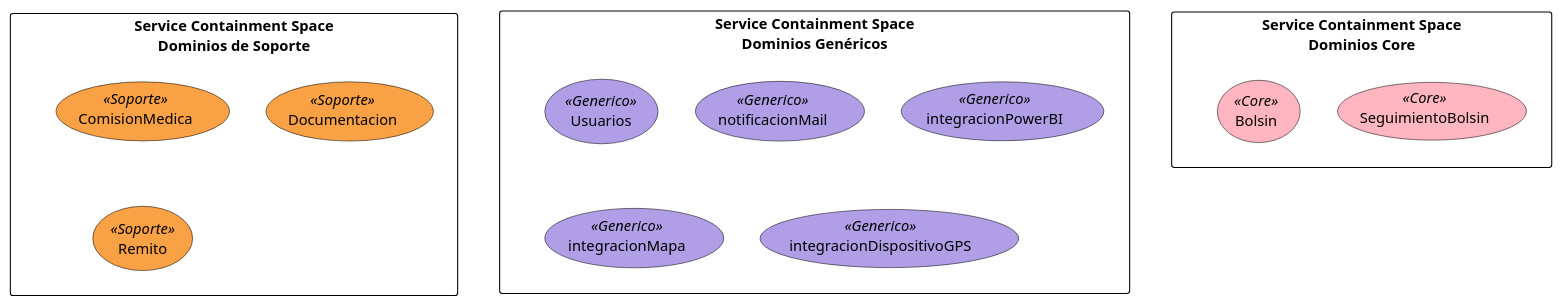
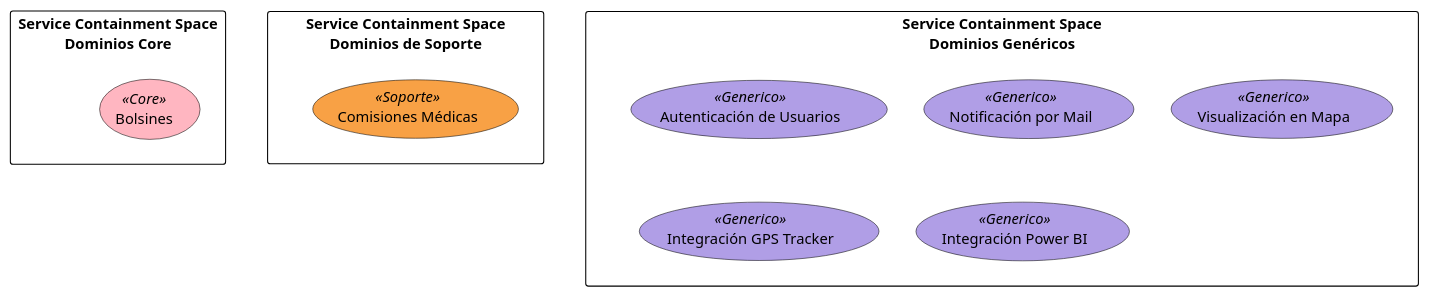
Before and after one commit to FabrizioRava/PPAI-2026-Grupo1: the diagram in vistasArquitectónicas/separacionDominios.plantuml, drawn with PlantUML. The commit also changed 17 other files, not shown here.

```diff
--- a/vistasArquitectónicas/separacionDominios.plantuml
+++ b/vistasArquitectónicas/separacionDominios.plantuml
@@ -1,53 +1,50 @@
 @startuml separacionDominios
 ' Evitar sombras para un aspecto más plano y similar a la imagen
 skinparam shadowing false
 
 ' Configuración de los contenedores
 skinparam rectangle {
     BackgroundColor White
     BorderColor Black
     fontColor Black
 }
 
 ' Configuración de los óvalos (casos de uso) y sus colores por estereotipo
 skinparam usecase {
     BackgroundColor<<Soporte>> #F8A145
     BackgroundColor<<Generico>> #B09EE6
     BackgroundColor<<Core>> #FFB6C1
     BorderColor Black
     FontColor Black
 }
 
 ' ==========================================
+' Service Containment Space: Dominios Core
+' ==========================================
+rectangle "Service Containment Space\nDominios Core" as ContenedorCore {
+    usecase "Bolsines" as bolsin <<Core>>
+}
+
+' ==========================================
 ' Service Containment Space: Dominios de Soporte
 ' ==========================================
 rectangle "Service Containment Space\nDominios de Soporte" as ContenedorSoporte {
-    usecase "ComisionMedica" as comision <<Soporte>>
-    usecase "Documentacion" as documentacion <<Soporte>>
-    usecase "Remito" as remito <<Soporte>>
+    usecase "Comisiones Médicas" as comision <<Soporte>>
 }
 
 ' ==========================================
 ' Service Containment Space: Dominios Genéricos
 ' ==========================================
 rectangle "Service Containment Space\nDominios Genéricos" as ContenedorGenericos {
-    usecase "Usuarios" as usuarios <<Generico>>
-    usecase "notificacionMail" as mail <<Generico>>
-    usecase "integracionPowerBI" as powerbi <<Generico>>
-    usecase "integracionMapa" as mapa <<Generico>>
-    usecase "integracionDispositivoGPS" as gps <<Generico>>
-}
-
-' ==========================================
-' Service Containment Space: Dominios Core
-' ==========================================
-rectangle "Service Containment Space\nDominios Core" as ContenedorCore {
-    usecase "SeguimientoBolsin" as seguimiento <<Core>>
-    usecase "Bolsin" as bolsin <<Core>>
+    usecase "Autenticación de Usuarios" as usuarios <<Generico>>
+    usecase "Notificación por Mail" as mail <<Generico>>
+    usecase "Visualización en Mapa" as mapa <<Generico>>
+    usecase "Integración GPS Tracker" as gps <<Generico>>
+    usecase "Integración Power BI" as powerbi <<Generico>>
 }
 
 ' Enlaces ocultos para forzar la alineación horizontal de izquierda a derecha
+ContenedorCore -[hidden]right-> ContenedorSoporte
 ContenedorSoporte -[hidden]right-> ContenedorGenericos
-ContenedorGenericos -[hidden]right-> ContenedorCore
 
 @enduml
```
